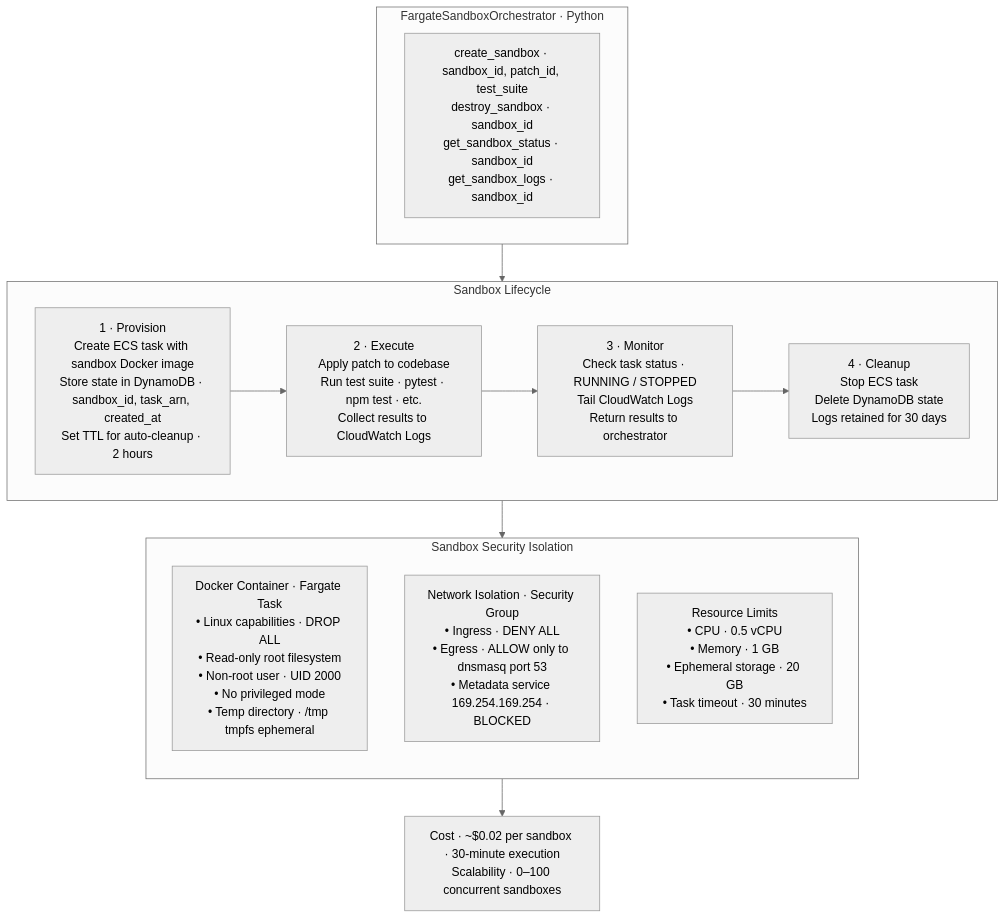
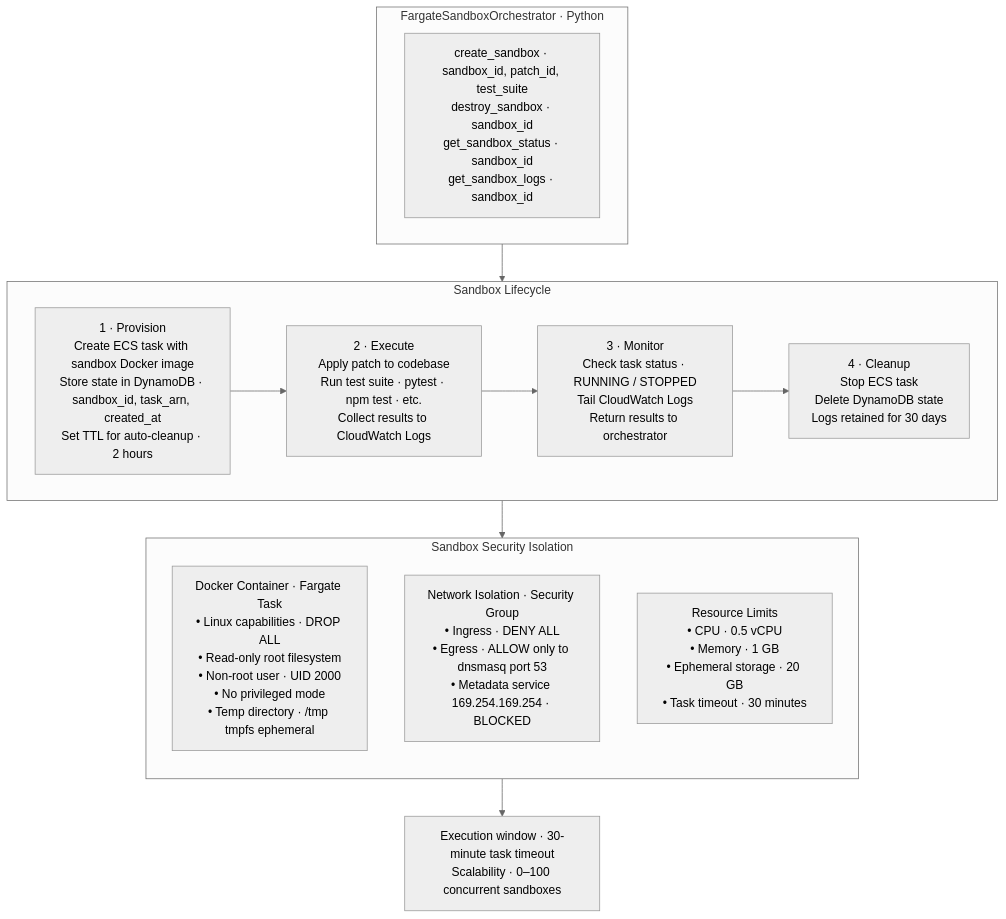
Before and after one commit to aenealabs/aura: the eighth of 11 diagrams in docs/SYSTEM_ARCHITECTURE.md, drawn with Mermaid (neutral theme). The commit also changed other lines of this file, not shown here.

````diff
--- a/docs/SYSTEM_ARCHITECTURE.md
+++ b/docs/SYSTEM_ARCHITECTURE.md
@@ -416,25 +416,25 @@
 ```mermaid
 flowchart TD
     subgraph Orch[FargateSandboxOrchestrator · Python]
         O1["create_sandbox · sandbox_id, patch_id, test_suite<br/>destroy_sandbox · sandbox_id<br/>get_sandbox_status · sandbox_id<br/>get_sandbox_logs · sandbox_id"]
     end
 
     subgraph Lifecycle[Sandbox Lifecycle]
         L1["1 · Provision<br/>Create ECS task with sandbox Docker image<br/>Store state in DynamoDB · sandbox_id, task_arn, created_at<br/>Set TTL for auto-cleanup · 2 hours"]
         L2["2 · Execute<br/>Apply patch to codebase<br/>Run test suite · pytest · npm test · etc.<br/>Collect results to CloudWatch Logs"]
         L3["3 · Monitor<br/>Check task status · RUNNING / STOPPED<br/>Tail CloudWatch Logs<br/>Return results to orchestrator"]
         L4["4 · Cleanup<br/>Stop ECS task<br/>Delete DynamoDB state<br/>Logs retained for 30 days"]
         L1 --> L2 --> L3 --> L4
     end
 
     subgraph Security[Sandbox Security Isolation]
         direction TB
         SC1["Docker Container · Fargate Task<br/>• Linux capabilities · DROP ALL<br/>• Read-only root filesystem<br/>• Non-root user · UID 2000<br/>• No privileged mode<br/>• Temp directory · /tmp tmpfs ephemeral"]
         SC2["Network Isolation · Security Group<br/>• Ingress · DENY ALL<br/>• Egress · ALLOW only to dnsmasq port 53<br/>• Metadata service 169.254.169.254 · BLOCKED"]
         SC3["Resource Limits<br/>• CPU · 0.5 vCPU<br/>• Memory · 1 GB<br/>• Ephemeral storage · 20 GB<br/>• Task timeout · 30 minutes"]
     end
 
-    Notes["Cost · ~$0.02 per sandbox · 30-minute execution<br/>Scalability · 0–100 concurrent sandboxes"]
+    Notes["Execution window · 30-minute task timeout<br/>Scalability · 0–100 concurrent sandboxes"]
 
     Orch --> Lifecycle --> Security --> Notes
 ```
````
